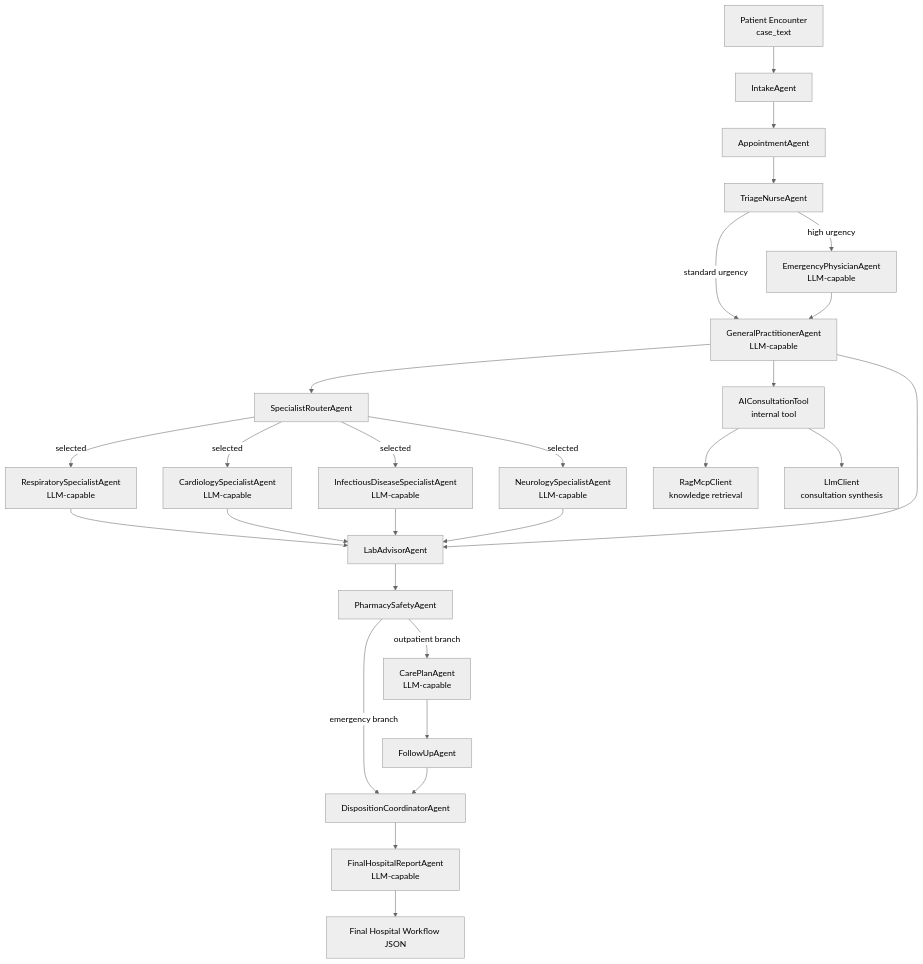
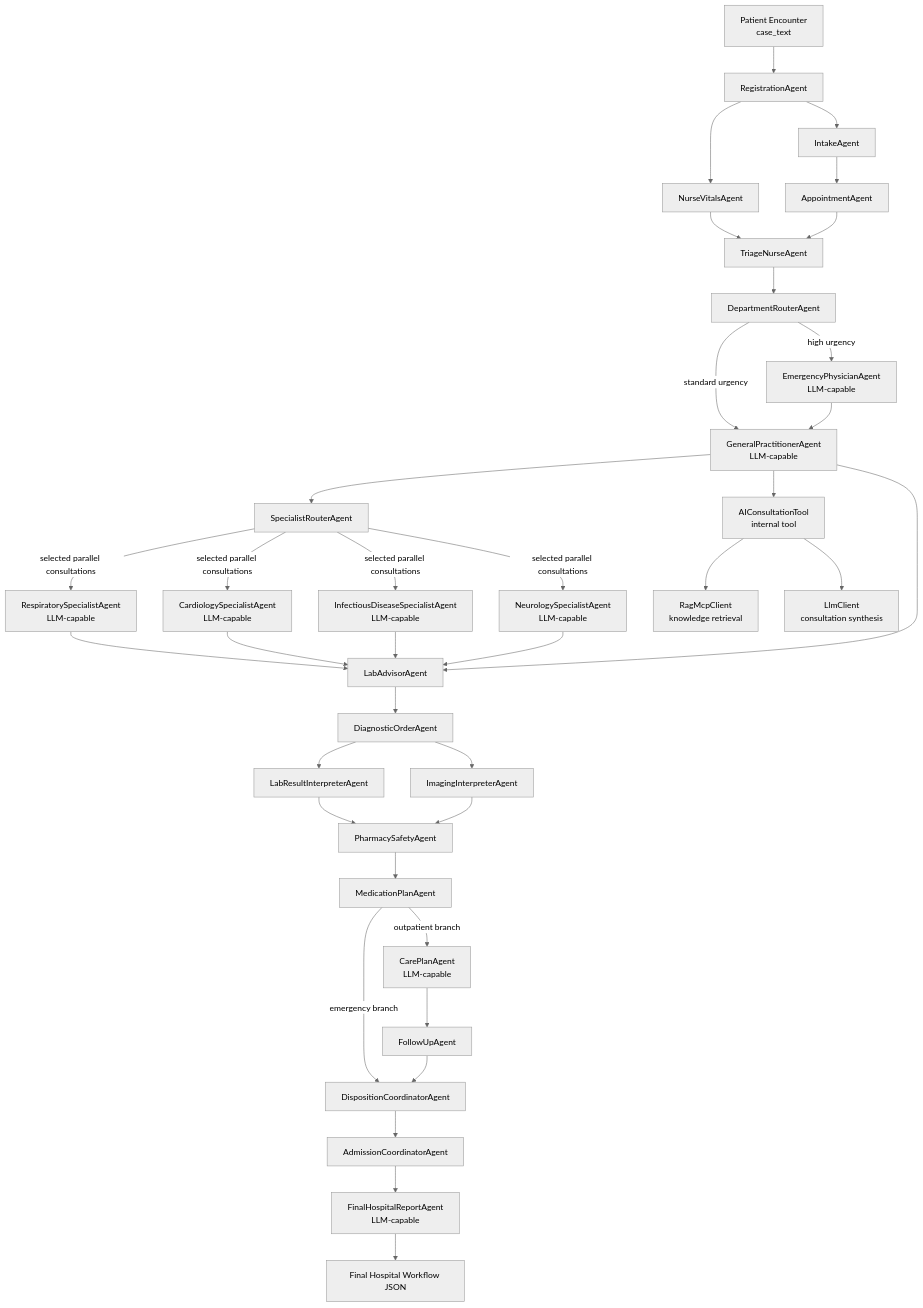
Before and after one commit to whytomato/healthcare: the second of 2 diagrams in README.md, drawn with Mermaid (neutral theme). The commit also changed other lines of this file and 202 other files, not shown here.

````diff
--- a/README.md
+++ b/README.md
@@ -30,33 +43,43 @@
 ```mermaid
 flowchart TD
-    A[Patient Encounter<br/>case_text] --> Intake[IntakeAgent]
+    A[Patient Encounter<br/>case_text] --> Registration[RegistrationAgent]
+    Registration --> Intake[IntakeAgent]
+    Registration --> Vitals[NurseVitalsAgent]
     Intake --> Appointment[AppointmentAgent]
-    Appointment --> Triage[TriageNurseAgent]
-    Triage -->|high urgency| Emergency[EmergencyPhysicianAgent<br/>LLM-capable]
-    Triage -->|standard urgency| GP[GeneralPractitionerAgent<br/>LLM-capable]
+    Vitals --> Triage[TriageNurseAgent]
+    Appointment --> Triage
+    Triage --> Department[DepartmentRouterAgent]
+    Department -->|high urgency| Emergency[EmergencyPhysicianAgent<br/>LLM-capable]
+    Department -->|standard urgency| GP[GeneralPractitionerAgent<br/>LLM-capable]
     Emergency --> GP
     GP --> Router[SpecialistRouterAgent]
 
-    Router -->|selected| Respiratory[RespiratorySpecialistAgent<br/>LLM-capable]
-    Router -->|selected| Cardiology[CardiologySpecialistAgent<br/>LLM-capable]
-    Router -->|selected| Infection[InfectiousDiseaseSpecialistAgent<br/>LLM-capable]
-    Router -->|selected| Neurology[NeurologySpecialistAgent<br/>LLM-capable]
+    Router -->|selected parallel consultations| Respiratory[RespiratorySpecialistAgent<br/>LLM-capable]
+    Router -->|selected parallel consultations| Cardiology[CardiologySpecialistAgent<br/>LLM-capable]
+    Router -->|selected parallel consultations| Infection[InfectiousDiseaseSpecialistAgent<br/>LLM-capable]
+    Router -->|selected parallel consultations| Neurology[NeurologySpecialistAgent<br/>LLM-capable]
 
     GP --> AIConsultTool[AIConsultationTool<br/>internal tool]
     AIConsultTool --> RagTool[RagMcpClient<br/>knowledge retrieval]
     AIConsultTool --> LlmTool[LlmClient<br/>consultation synthesis]
 
     Respiratory --> Lab[LabAdvisorAgent]
     Cardiology --> Lab
     Infection --> Lab
     Neurology --> Lab
     GP --> Lab
+    Lab --> Orders[DiagnosticOrderAgent]
+    Orders --> LabInterpret[LabResultInterpreterAgent]
+    Orders --> Imaging[ImagingInterpreterAgent]
 
-    Lab --> Pharmacy[PharmacySafetyAgent]
-    Pharmacy -->|outpatient branch| Care[CarePlanAgent<br/>LLM-capable]
+    LabInterpret --> Pharmacy[PharmacySafetyAgent]
+    Imaging --> Pharmacy
+    Pharmacy --> Medication[MedicationPlanAgent]
+    Medication -->|outpatient branch| Care[CarePlanAgent<br/>LLM-capable]
     Care --> Follow[FollowUpAgent]
-    Pharmacy -->|emergency branch| Disposition[DispositionCoordinatorAgent]
+    Medication -->|emergency branch| Disposition[DispositionCoordinatorAgent]
     Follow --> Disposition
-    Disposition --> Report[FinalHospitalReportAgent<br/>LLM-capable]
+    Disposition --> Admission[AdmissionCoordinatorAgent]
+    Admission --> Report[FinalHospitalReportAgent<br/>LLM-capable]
     Report --> Output[Final Hospital Workflow JSON]
 ```
````
